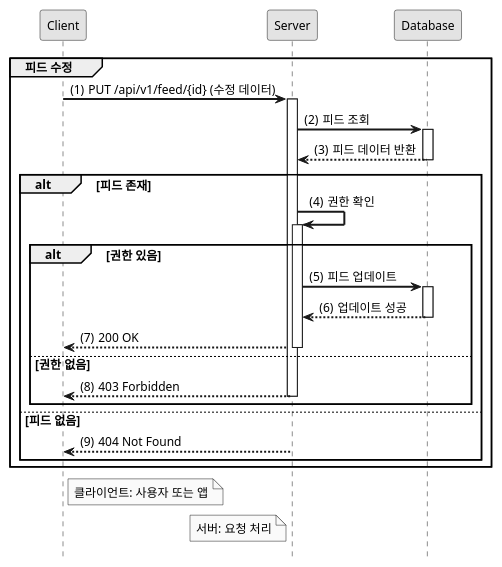
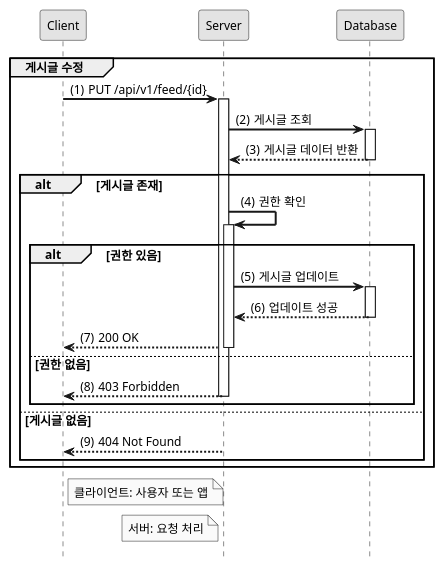
The diagram in sequence/putFeed.puml (sumin220/SpringBoot_MemberBoard), drawn with PlantUML before and after one commit. The commit also changed 7 other files, not shown here.

```diff
--- a/sequence/putFeed.puml
+++ b/sequence/putFeed.puml
@@ -1,39 +1,39 @@
 @startuml
 
 hide footbox
 autoactivate on
 
 ' 스타일 설정
 skinparam monochrome true
 skinparam shadowing false
 skinparam defaultFontSize 12
 skinparam defaultFontName Arial
 skinparam sequenceArrowThickness 2
 
 participant "Client" as C
 participant "Server" as S
 participant "Database" as DB
 
-group 피드 수정
+group 게시글 수정
     autonumber 1 "(0)"
-    C -> S: PUT /api/v1/feed/{id} (수정 데이터)
-    S -> DB: 피드 조회
-    DB --> S: 피드 데이터 반환
-    alt 피드 존재
+    C -> S: PUT /api/v1/feed/{id}
+    S -> DB: 게시글 조회
+    DB --> S: 게시글 데이터 반환
+    alt 게시글 존재
         S -> S: 권한 확인
         alt 권한 있음
-            S -> DB: 피드 업데이트
+            S -> DB: 게시글 업데이트
             DB --> S: 업데이트 성공
             S --> C: 200 OK
         else 권한 없음
             S --> C: 403 Forbidden
         end
-    else 피드 없음
+    else 게시글 없음
         S --> C: 404 Not Found
     end
 end
 
 note right of C: 클라이언트: 사용자 또는 앱
 note left of S: 서버: 요청 처리
 
 @enduml
```
